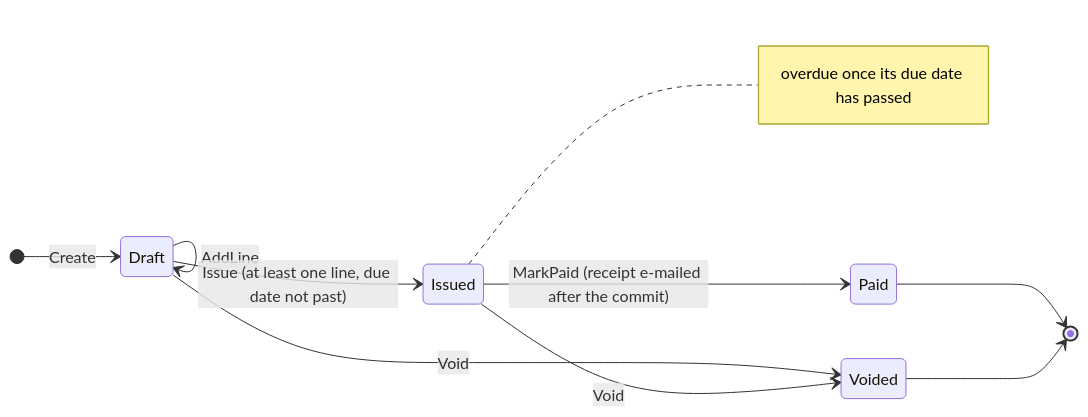
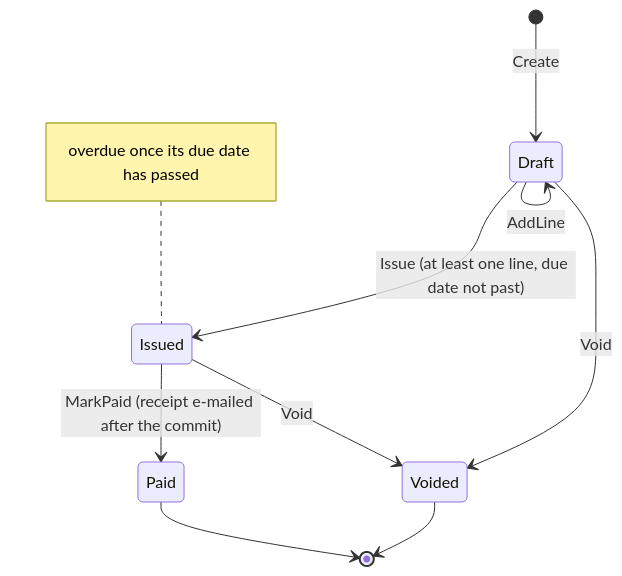
One commit to Revazi1st/Trellis changed the first of 2 diagrams in docs/features/invoices.md. Above: the diagram before and after it, drawn with Mermaid.

Commit message:
docs(invoices): the state diagram fits the site's column at 1280 px (#78)
direction TB and the note on the left: 624 px wide against a 632 px column, every label kept, no edge behind a label. It was 1165 px, drawn at its 80 % floor and cut off at Void.

````diff
--- a/docs/features/invoices.md
+++ b/docs/features/invoices.md
@@ -16,13 +16,13 @@
 ```mermaid
 stateDiagram-v2
-    direction LR
+    direction TB
     [*] --> Draft: Create
     Draft --> Draft: AddLine
     Draft --> Issued: Issue (at least one line, due date not past)
     Issued --> Paid: MarkPaid (receipt e-mailed after the commit)
     Draft --> Voided: Void
     Issued --> Voided: Void
     Paid --> [*]
     Voided --> [*]
-    note right of Issued: overdue once its due date has passed
+    note left of Issued: overdue once its due date has passed
 ```
````
